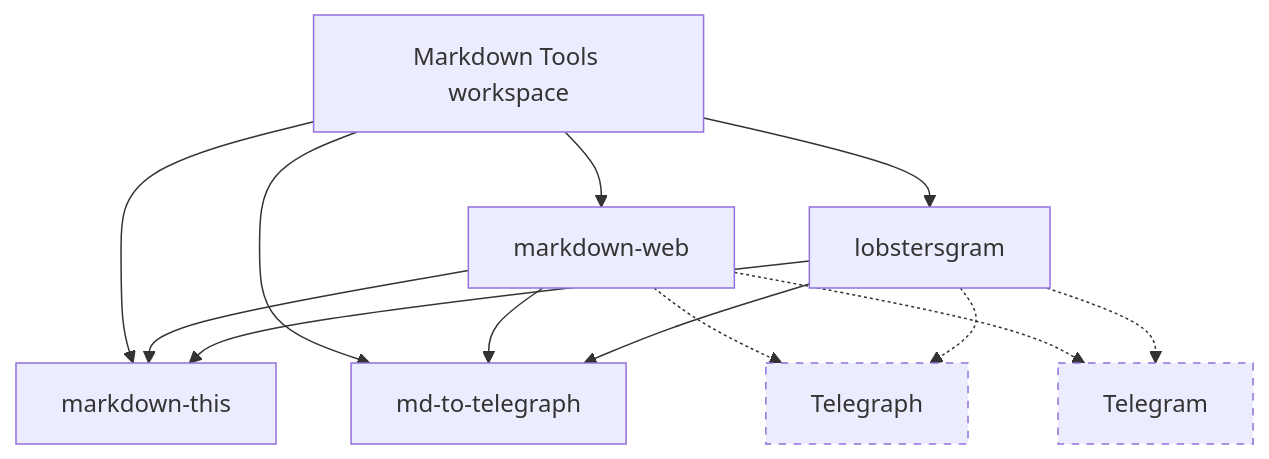
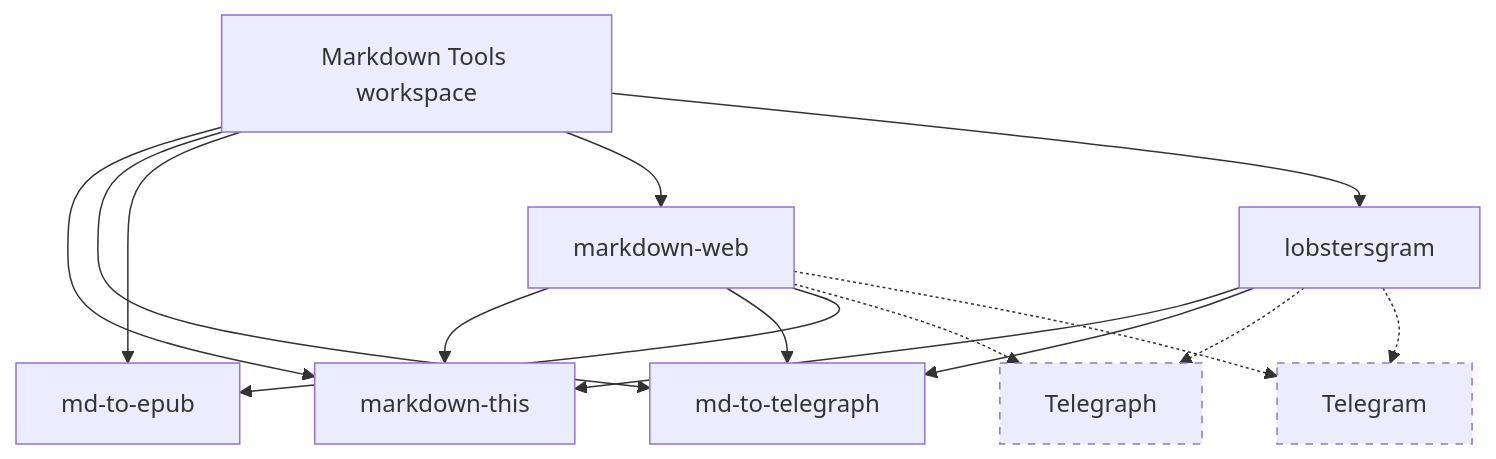
The diagram in README.md (mgaitan/lobstersgram), drawn with Mermaid before and after one commit. The commit also changed other lines of this file and 22 other files, not shown here.

````diff
--- a/README.md
+++ b/README.md
@@ -22,25 +24,28 @@
 ```mermaid
 flowchart TD
     MT[Markdown Tools workspace]
     MTHIS[markdown-this]
     MDT[md-to-telegraph]
+    MDE[md-to-epub]
     WEB[markdown-web]
     LOB[lobstersgram]
     TG[Telegram]
     TPH[Telegraph]
 
     MT --> MTHIS
     MT --> MDT
+    MT --> MDE
     MT --> WEB
     MT --> LOB
     WEB --> MTHIS
     WEB --> MDT
+    WEB --> MDE
     LOB --> MTHIS
     LOB --> MDT
     WEB -.-> TPH
     WEB -.-> TG
     LOB -.-> TPH
     LOB -.-> TG
     classDef external stroke-dasharray: 5 5
     class TG,TPH external
 ```
````
